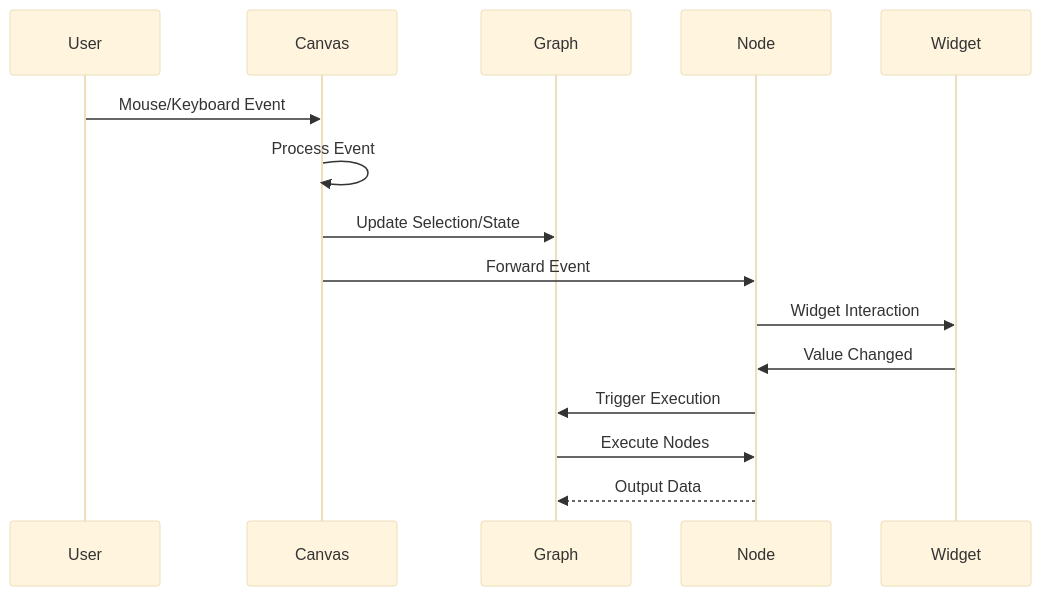
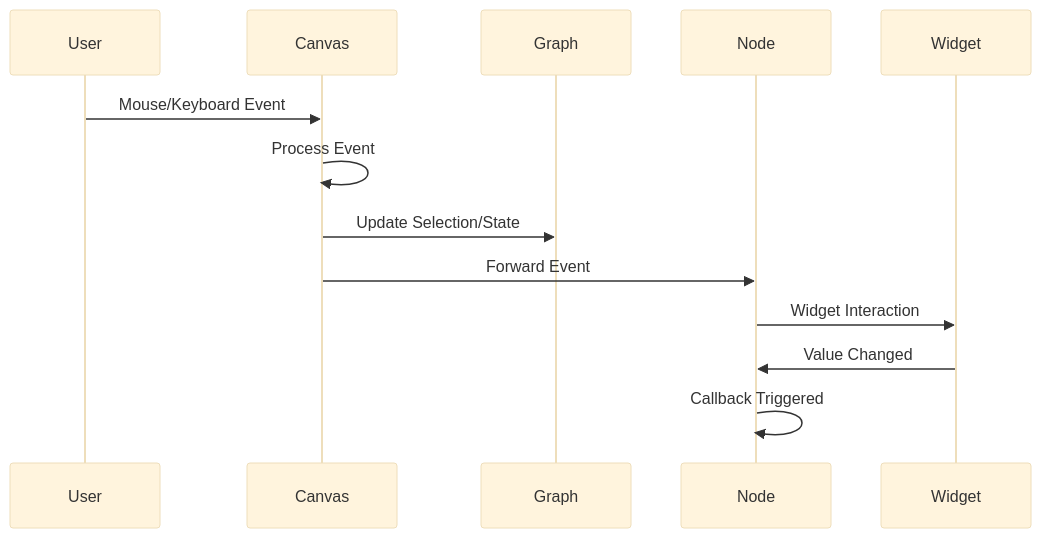
Before and after one commit to hanzoui/litegraph.js: the second of 2 diagrams in ARCHITECTURE_README.md, drawn with Mermaid (base theme). The commit also changed other lines of this file, not shown here.

First line of the commit message:
[docs] Update architecture documentation based on review

````diff
--- a/ARCHITECTURE_README.md
+++ b/ARCHITECTURE_README.md
@@ -141,18 +134,16 @@
 ```mermaid
 sequenceDiagram
   participant User
   participant Canvas
   participant Graph
   participant Node
   participant Widget
   
   User->>Canvas: Mouse/Keyboard Event
   Canvas->>Canvas: Process Event
   Canvas->>Graph: Update Selection/State
   Canvas->>Node: Forward Event
   Node->>Widget: Widget Interaction
   Widget->>Node: Value Changed
-  Node->>Graph: Trigger Execution
-  Graph->>Node: Execute Nodes
-  Node-->>Graph: Output Data
+  Node->>Node: Callback Triggered
 ```
````
